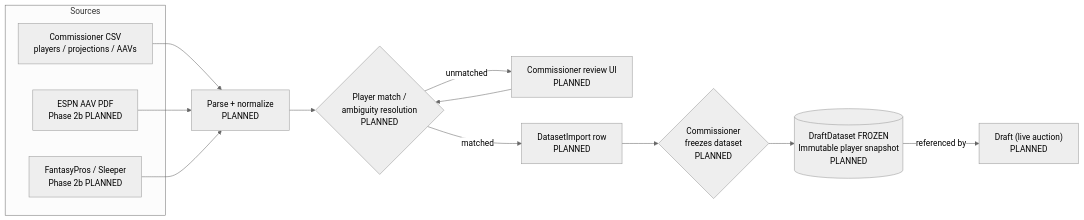
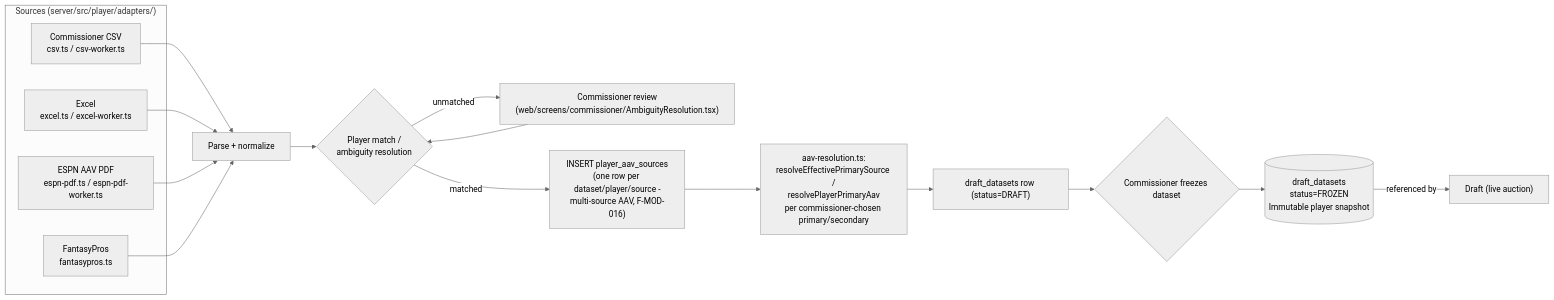
One commit to maccorless/Draft changed the second of 3 diagrams in .aah/codebase-intel/data-flow-diagram.md. Above: the diagram before and after it, drawn with Mermaid (neutral theme). The commit also changed other lines of this file, not shown here.

````diff
--- a/.aah/codebase-intel/data-flow-diagram.md
+++ b/.aah/codebase-intel/data-flow-diagram.md
@@ -38,19 +40,23 @@
 ```mermaid
 flowchart LR
-    subgraph "Sources"
-        CSV["Commissioner CSV<br/>players / projections / AAVs"]
-        PDF["ESPN AAV PDF<br/>Phase 2b PLANNED"]
-        FP["FantasyPros / Sleeper<br/>Phase 2b PLANNED"]
+    subgraph "Sources (server/src/player/adapters/)"
+        CSV["Commissioner CSV<br/>csv.ts / csv-worker.ts"]
+        XLS["Excel<br/>excel.ts / excel-worker.ts"]
+        PDF["ESPN AAV PDF<br/>espn-pdf.ts / espn-pdf-worker.ts"]
+        FP["FantasyPros<br/>fantasypros.ts"]
     end
 
-    CSV --> PARSE["Parse + normalize<br/>PLANNED"]
+    CSV --> PARSE["Parse + normalize"]
+    XLS --> PARSE
     PDF --> PARSE
     FP --> PARSE
-    PARSE --> MATCH{"Player match /<br/>ambiguity resolution<br/>PLANNED"}
-    MATCH -->|"unmatched"| REVIEW["Commissioner review UI<br/>PLANNED"]
+    PARSE --> MATCH{"Player match /<br/>ambiguity resolution"}
+    MATCH -->|"unmatched"| REVIEW["Commissioner review<br/>(web/screens/commissioner/AmbiguityResolution.tsx)"]
     REVIEW --> MATCH
-    MATCH -->|"matched"| IMPORT["DatasetImport row<br/>PLANNED"]
-    IMPORT --> FREEZE{"Commissioner<br/>freezes dataset<br/>PLANNED"}
-    FREEZE --> FROZEN[("DraftDataset FROZEN<br/>Immutable player snapshot<br/>PLANNED")]
-    FROZEN -->|"referenced by"| DRAFT["Draft (live auction)<br/>PLANNED"]
+    MATCH -->|"matched"| SOURCEROWS["INSERT player_aav_sources<br/>(one row per dataset/player/source -<br/>multi-source AAV, F-MOD-016)"]
+    SOURCEROWS --> RESOLVE["aav-resolution.ts:<br/>resolveEffectivePrimarySource /<br/>resolvePlayerPrimaryAav<br/>per commissioner-chosen primary/secondary"]
+    RESOLVE --> IMPORT["draft_datasets row (status=DRAFT)"]
+    IMPORT --> FREEZE{"Commissioner freezes dataset"}
+    FREEZE --> FROZEN[("draft_datasets<br/>status=FROZEN<br/>Immutable player snapshot")]
+    FROZEN -->|"referenced by"| DRAFT["Draft (live auction)"]
 ```
````
